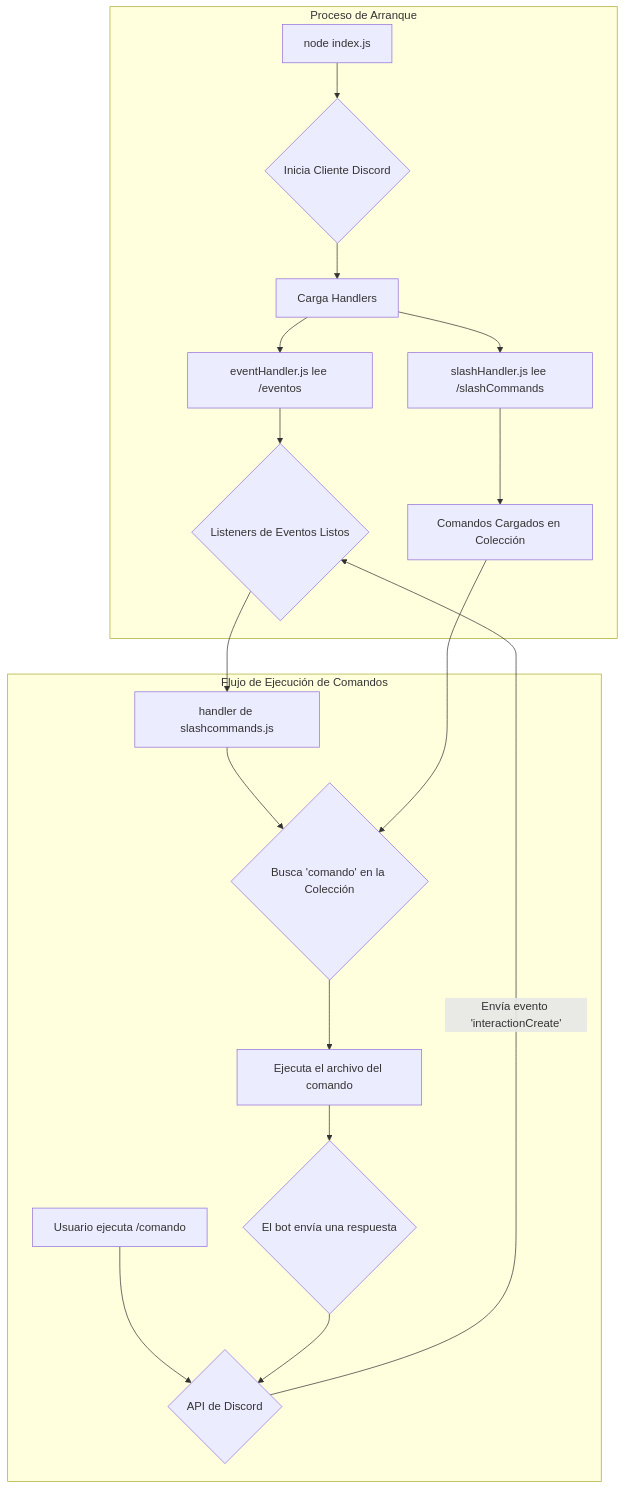
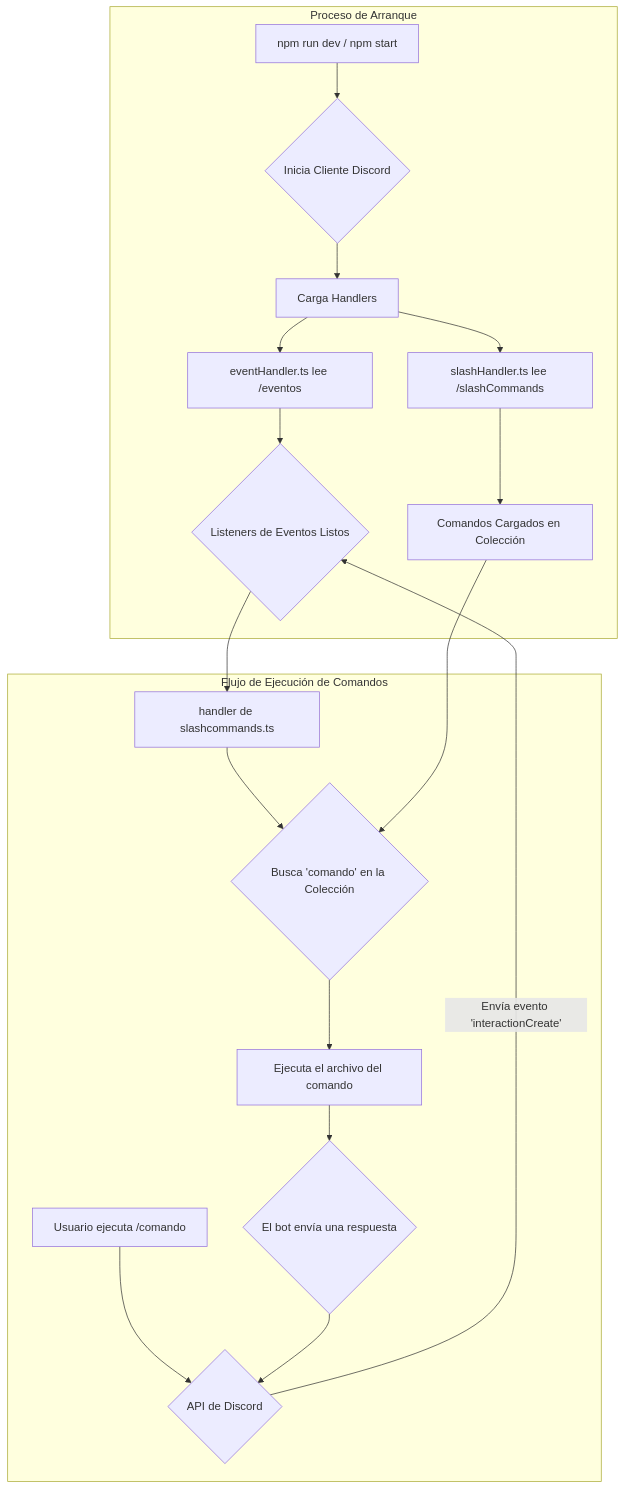
Before and after one commit to AnthoFu/Anthocito: the diagram in README.md, drawn with Mermaid. The commit also changed other lines of this file and 3 other files, not shown here.

````diff
--- a/README.md
+++ b/README.md
@@ -30,23 +30,23 @@
 ```mermaid
 graph TD
     subgraph Proceso de Arranque
-        A[node index.js] --> B{Inicia Cliente Discord};
+        A[npm run dev / npm start] --> B{Inicia Cliente Discord};
         B --> C[Carga Handlers];
-        C --> D["eventHandler.js lee /eventos"];
-        C --> E["slashHandler.js lee /slashCommands"];
+        C --> D["eventHandler.ts lee /eventos"];
+        C --> E["slashHandler.ts lee /slashCommands"];
         D --> F{Listeners de Eventos Listos};
         E --> G[Comandos Cargados en Colección];
     end
 
     subgraph Flujo de Ejecución de Comandos
         H[Usuario ejecuta /comando] --> I{API de Discord};
         I -- Envía evento 'interactionCreate' --> F;
-        F --> J["handler de slashcommands.js"];
+        F --> J["handler de slashcommands.ts"];
         J --> K{Busca 'comando' en la Colección};
         K --> L[Ejecuta el archivo del comando];
         L --> M{El bot envía una respuesta};
         M --> I;
     end
 
     G --> K;
 ```
````
